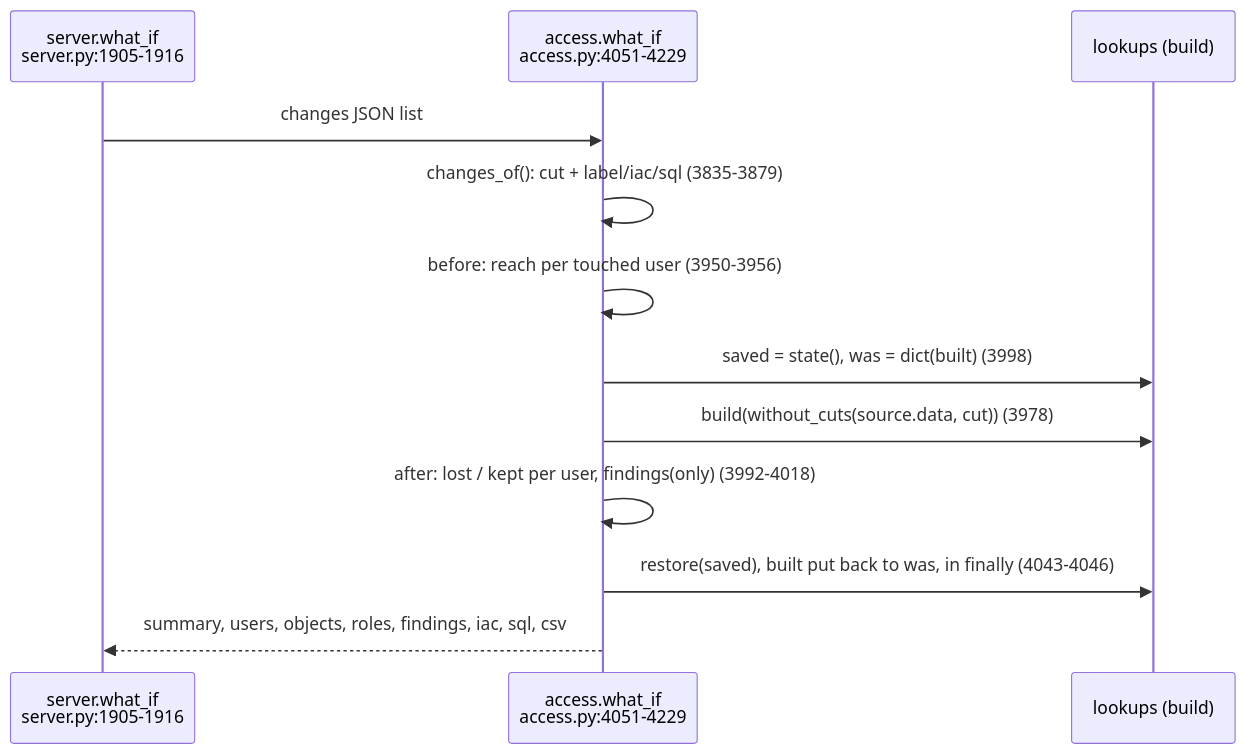
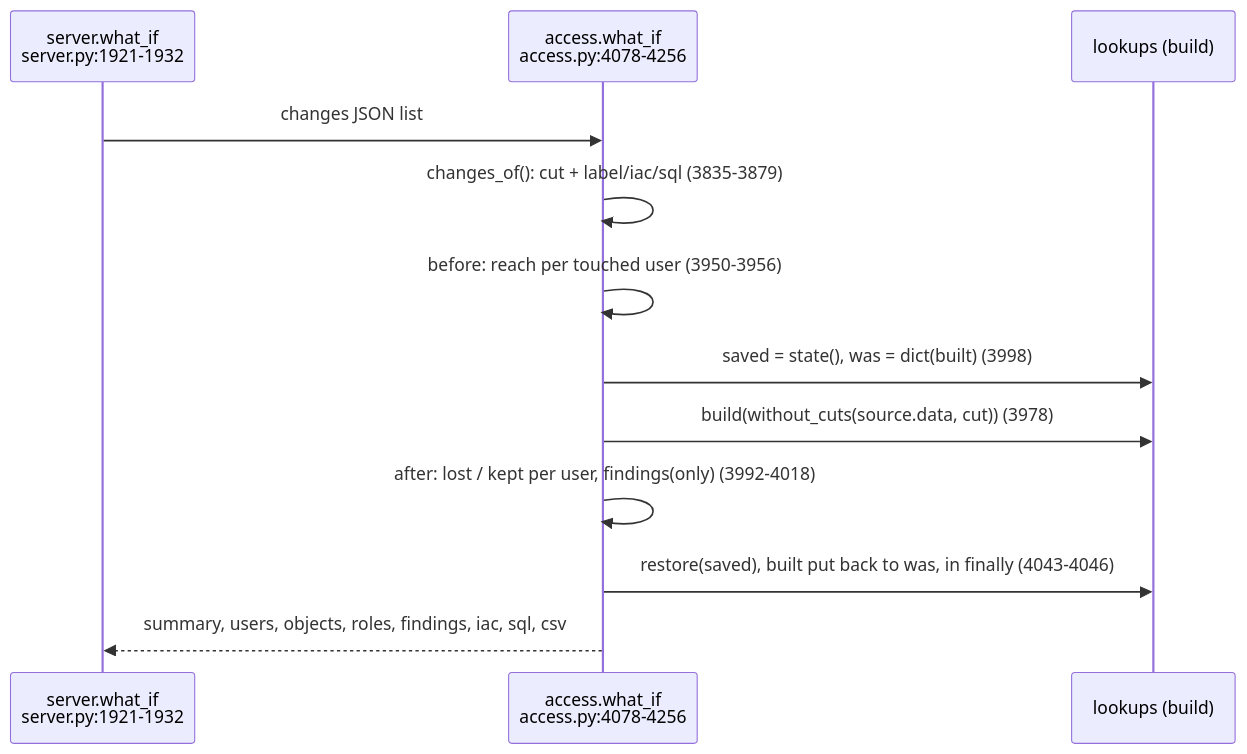
The diagram in snowflake-access-explorer-knowledge-graph/logic/what-if.md (darshanmeel/snowflake-access-explorer), drawn with Mermaid before and after one commit. The commit also changed other lines of this file and 88 other files, not shown here.

First line of the commit message:
Knowledge graph and docs for the access log; per-day charts by user, role, client, statement, R/W/DDL, object kind

````diff
--- a/snowflake-access-explorer-knowledge-graph/logic/what-if.md
+++ b/snowflake-access-explorer-knowledge-graph/logic/what-if.md
@@ -6,14 +6,14 @@
 ```mermaid
 sequenceDiagram
-  participant S as server.what_if<br/>server.py:1905-1916
-  participant W as access.what_if<br/>access.py:4051-4229
+  participant S as server.what_if<br/>server.py:1921-1932
+  participant W as access.what_if<br/>access.py:4078-4256
   participant L as lookups (build)
   S->>W: changes JSON list
   W->>W: changes_of(): cut + label/iac/sql (3835-3879)
   W->>W: before: reach per touched user (3950-3956)
   W->>L: saved = state(), was = dict(built) (3998)
   W->>L: build(without_cuts(source.data, cut)) (3978)
   W->>W: after: lost / kept per user, findings(only) (3992-4018)
   W->>L: restore(saved), built put back to was, in finally (4043-4046)
   W-->>S: summary, users, objects, roles, findings, iac, sql, csv
 ```
````
